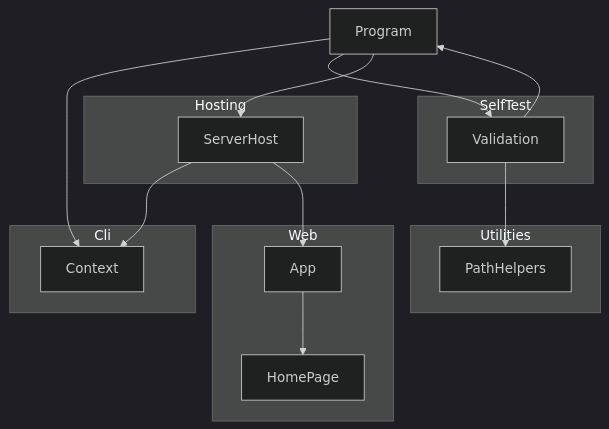
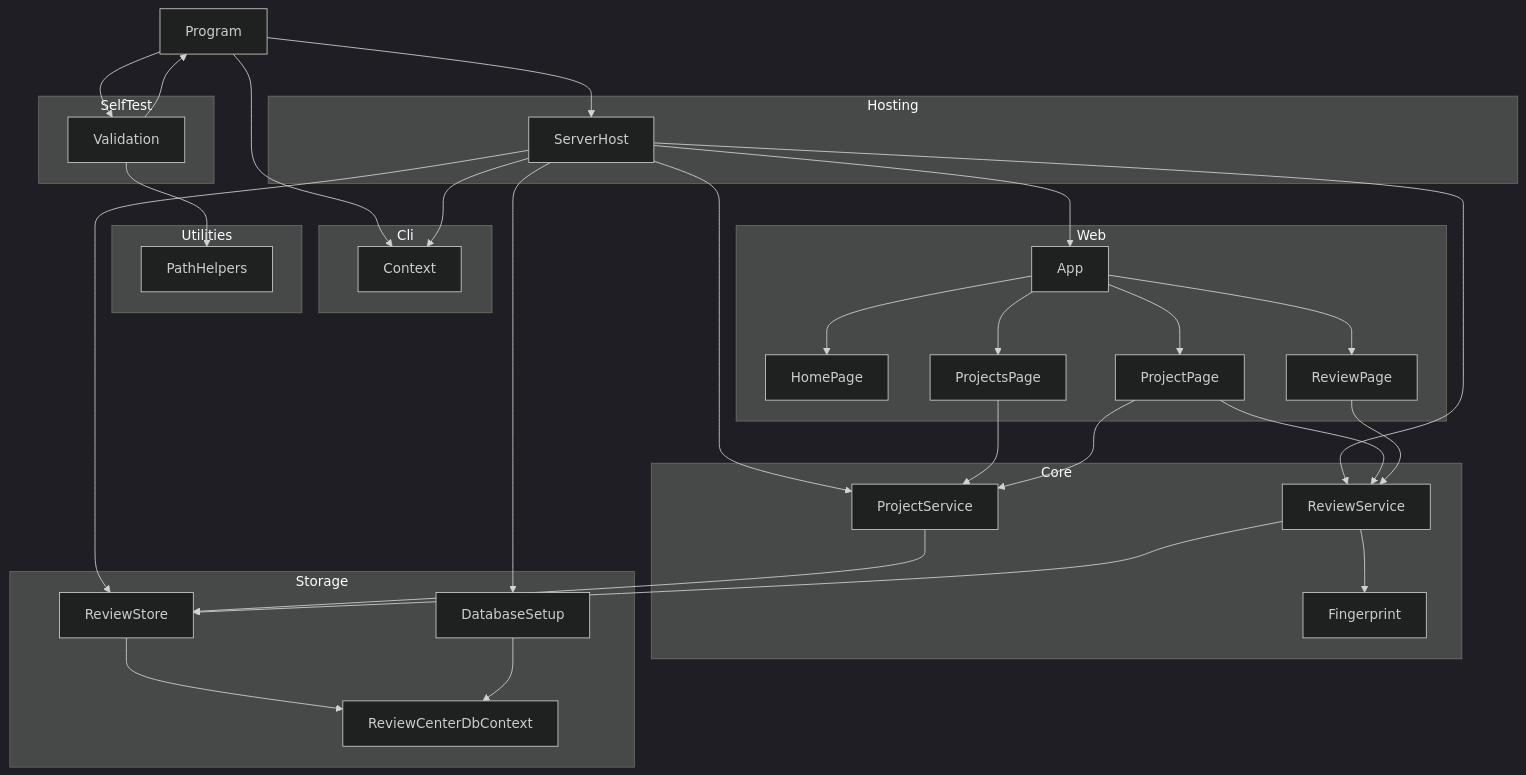
The diagram in docs/design/review-center.md (demaconsulting/ReviewCenter), drawn with Mermaid (dark theme) before and after one commit. The commit also changed other lines of this file and 135 other files, not shown here.

First line of the commit message:
Domain slice 1: projects and reviews (Core, Storage, Web) (#6)

````diff
--- a/docs/design/review-center.md
+++ b/docs/design/review-center.md
@@ -11,28 +11,57 @@
 ```mermaid
 flowchart TD
     Program
     subgraph Cli
         Context
     end
     subgraph SelfTest
         Validation
     end
     subgraph Utilities
         PathHelpers
     end
     subgraph Hosting
         ServerHost
     end
     subgraph Web
         App
         HomePage
+        ProjectsPage
+        ProjectPage
+        ReviewPage
+    end
+    subgraph Core
+        Fingerprint
+        ProjectService
+        ReviewService
+    end
+    subgraph Storage
+        ReviewCenterDbContext
+        ReviewStore
+        DatabaseSetup
     end
     Program --> Context
     Program --> Validation
     Program --> ServerHost
     Validation --> Program
     Validation --> PathHelpers
     ServerHost --> Context
     ServerHost --> App
+    ServerHost --> DatabaseSetup
+    ServerHost --> ReviewStore
+    ServerHost --> ProjectService
+    ServerHost --> ReviewService
     App --> HomePage
+    App --> ProjectsPage
+    App --> ProjectPage
+    App --> ReviewPage
+    ProjectsPage --> ProjectService
+    ProjectPage --> ProjectService
+    ProjectPage --> ReviewService
+    ReviewPage --> ReviewService
+    ReviewService --> Fingerprint
+    ProjectService --> ReviewStore
+    ReviewService --> ReviewStore
+    ReviewStore --> ReviewCenterDbContext
+    DatabaseSetup --> ReviewCenterDbContext
 ```
````
